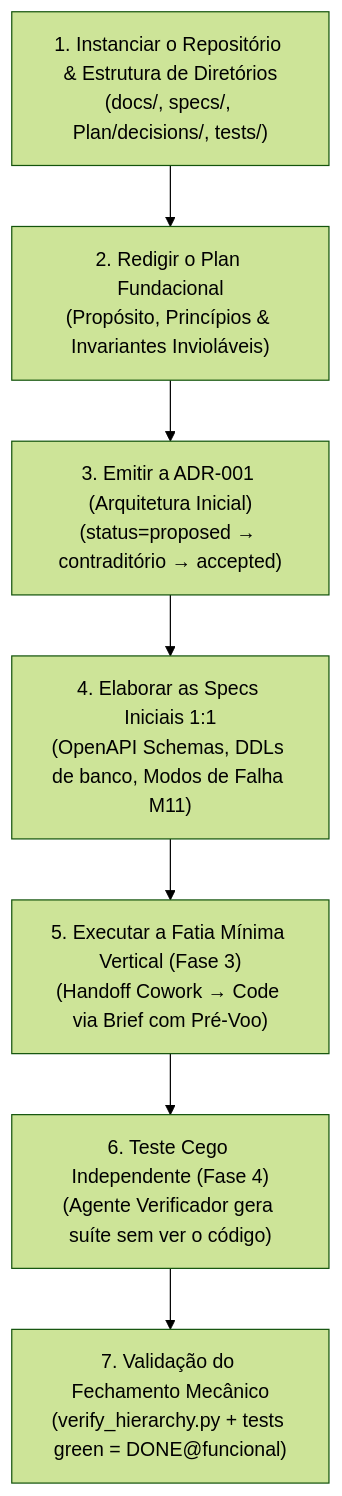
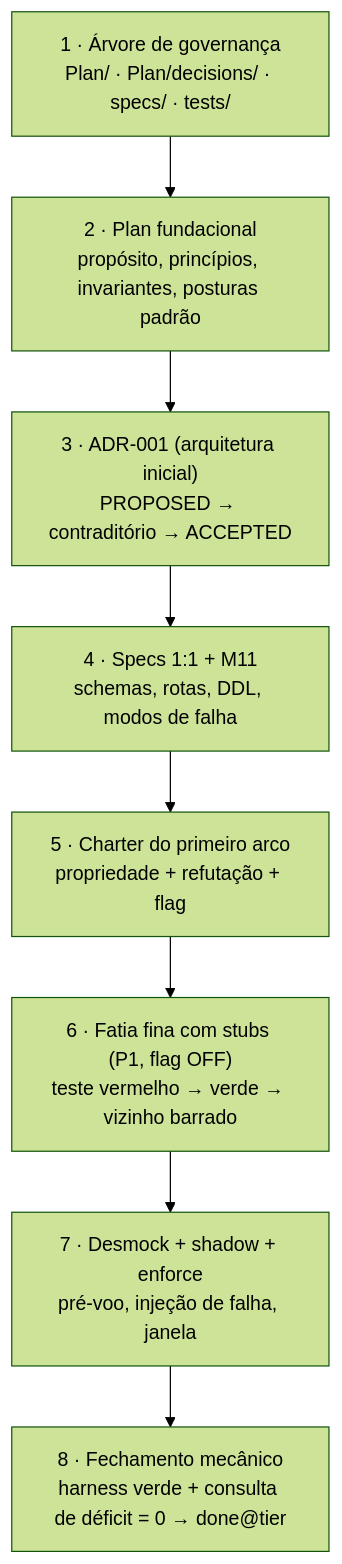
Before and after one commit to fuzaro/EEEMIAD: the first of 2 diagrams in docs/pt/08-guia-de-aplicacao.md, drawn with Mermaid (forest theme). The commit also changed other lines of this file and 65 other files, not shown here.

````diff
--- a/docs/pt/08-guia-de-aplicacao.md
+++ b/docs/pt/08-guia-de-aplicacao.md
@@ -8,9 +12,10 @@
 ```mermaid
 flowchart TD
-    G1["1. Instanciar o Repositório & Estrutura de Diretórios<br/>(docs/, specs/, Plan/decisions/, tests/)"] --> G2["2. Redigir o Plan Fundacional<br/>(Propósito, Princípios & Invariantes Invioláveis)"]
-    G2 --> G3["3. Emitir a ADR-001 (Arquitetura Inicial)<br/>(status=proposed → contraditório → accepted)"]
-    G3 --> G4["4. Elaborar as Specs Iniciais 1:1<br/>(OpenAPI Schemas, DDLs de banco, Modos de Falha M11)"]
-    G4 --> G5["5. Executar a Fatia Mínima Vertical (Fase 3)<br/>(Handoff Cowork → Code via Brief com Pré-Voo)"]
-    G5 --> G6["6. Teste Cego Independente (Fase 4)<br/>(Agente Verificador gera suíte sem ver o código)"]
-    G6 --> G7["7. Validação do Fechamento Mecânico<br/>(verify_hierarchy.py + tests green = DONE@funcional)"]
+    G1["1 · Árvore de governança<br/>Plan/ · Plan/decisions/ · specs/ · tests/"] --> G2["2 · Plan fundacional<br/>propósito, princípios, invariantes, posturas padrão"]
+    G2 --> G3["3 · ADR-001 (arquitetura inicial)<br/>PROPOSED → contraditório → ACCEPTED"]
+    G3 --> G4["4 · Specs 1:1 + M11<br/>schemas, rotas, DDL, modos de falha"]
+    G4 --> G5["5 · Charter do primeiro arco<br/>propriedade + refutação + flag"]
+    G5 --> G6["6 · Fatia fina com stubs (P1, flag OFF)<br/>teste vermelho → verde → vizinho barrado"]
+    G6 --> G7["7 · Desmock + shadow + enforce<br/>pré-voo, injeção de falha, janela"]
+    G7 --> G8["8 · Fechamento mecânico<br/>harness verde + consulta de déficit = 0 → done@tier"]
 ```
````
